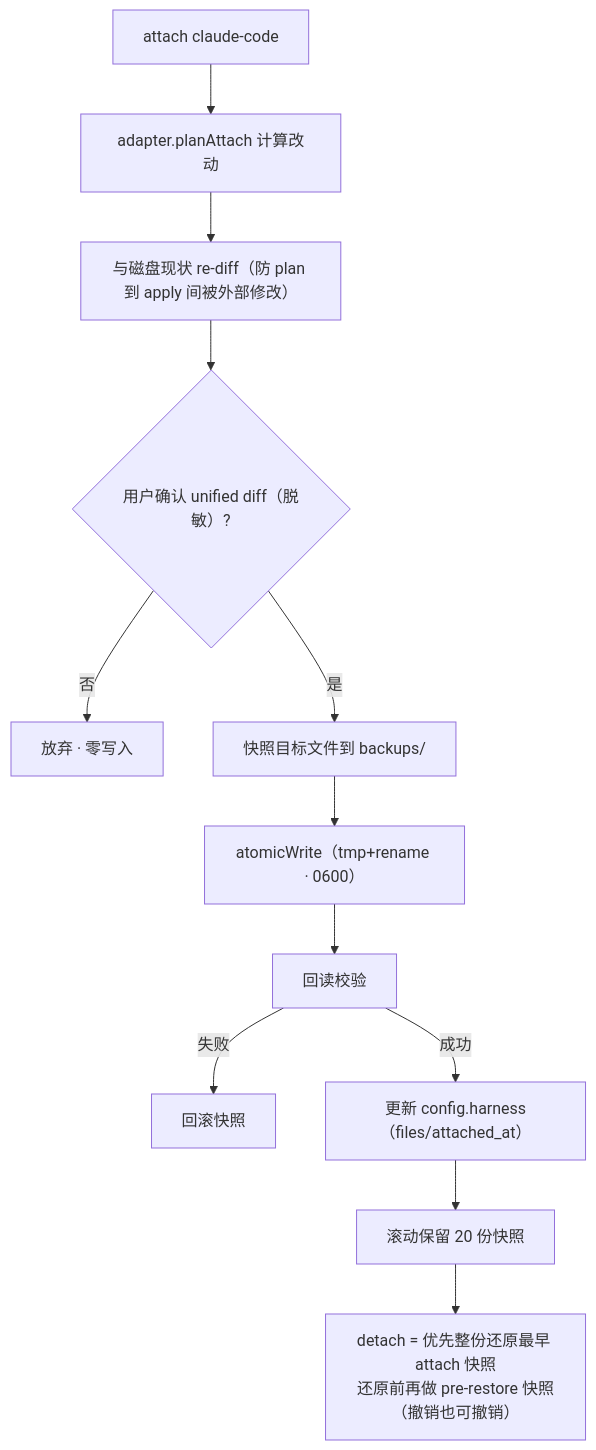
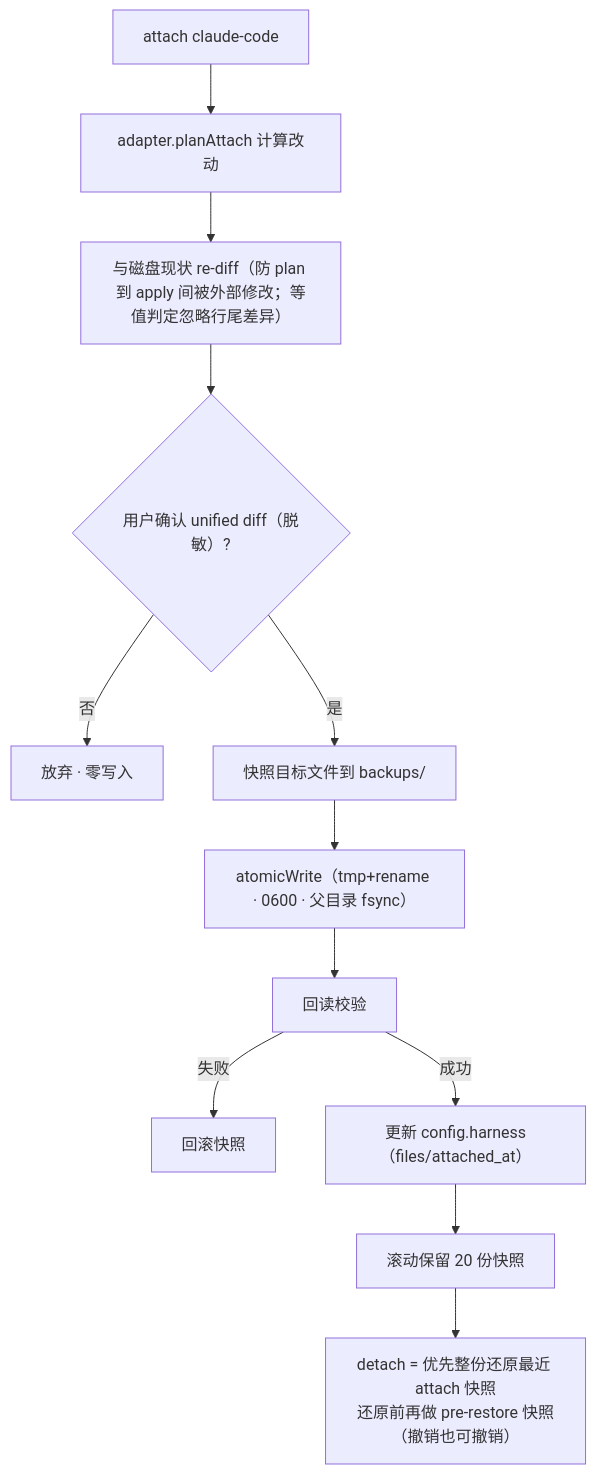
One commit to ObsidianTrine/model_dock changed the third of 4 diagrams in docs/design.md. Above: the diagram before and after it, drawn with Mermaid. The commit also changed other lines of this file, not shown here.

````diff
--- a/docs/design.md
+++ b/docs/design.md
@@ -488,14 +537,14 @@
 ```mermaid
 flowchart TD
     A["attach claude-code"] --> B["adapter.planAttach 计算改动"]
-    B --> C["与磁盘现状 re-diff（防 plan 到 apply 间被外部修改）"]
+    B --> C["与磁盘现状 re-diff（防 plan 到 apply 间被外部修改；等值判定忽略行尾差异）"]
     C --> D{"用户确认 unified diff（脱敏）?"}
     D -->|否| E["放弃 · 零写入"]
     D -->|是| F["快照目标文件到 backups/"]
-    F --> G["atomicWrite（tmp+rename · 0600）"]
+    F --> G["atomicWrite（tmp+rename · 0600 · 父目录 fsync）"]
     G --> H["回读校验"]
     H -->|失败| I["回滚快照"]
     H -->|成功| J["更新 config.harness（files/attached_at）"]
     J --> K["滚动保留 20 份快照"]
-    K --> L["detach = 优先整份还原最早 attach 快照<br/>还原前再做 pre-restore 快照（撤销也可撤销）"]
+    K --> L["detach = 优先整份还原最近 attach 快照<br/>还原前再做 pre-restore 快照（撤销也可撤销）"]
 ```
````
